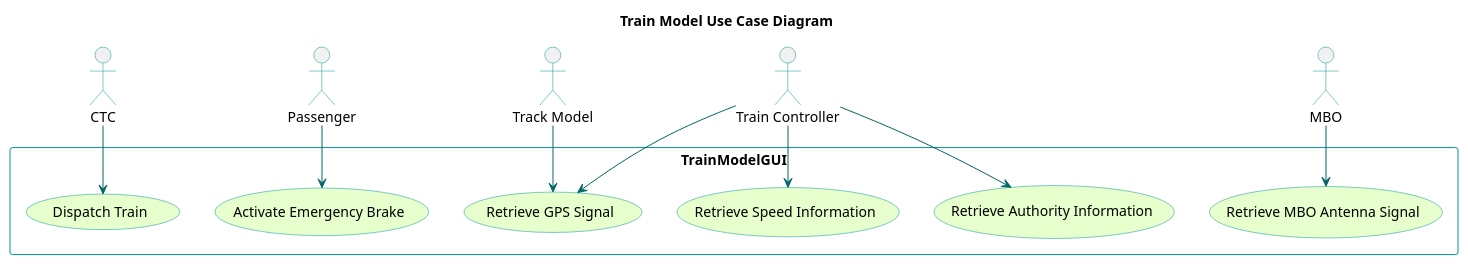
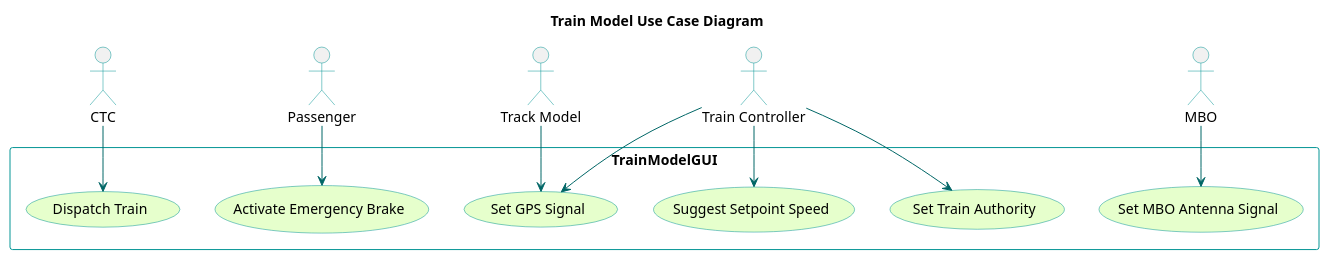
One commit to kevingilboy/COE1186 changed the diagram in TrainSystem/yUML/Usecase Diagrams/TrainModelUseCaseDiagram.puml. Above: the diagram before and after it, drawn with PlantUML. The commit also changed 13 other files, not shown here.

First line of the commit message:
Even more UML Updates

```diff
--- a/TrainSystem/yUML/Usecase Diagrams/TrainModelUseCaseDiagram.puml
+++ b/TrainSystem/yUML/Usecase Diagrams/TrainModelUseCaseDiagram.puml
@@ -1,36 +1,36 @@
 @startuml
 
 title Train Model Use Case Diagram
 'skinparam backgroundColor transparent'
 skinparam usecaseBackgroundColor #e6ffcc
 skinparam usecaseBorderColor 	#049595
 skinparam actorBorderColor 	#049595
 skinparam packageBorderCOlor  #049595
 skinparam arrowColor #006666
 
 :CTC: as ctc
 :Passenger: as p
 :Track Model: as tkm
 :Train Controller: as tnc
 :MBO: as mbo
 
 rectangle TrainModelGUI{
     (Dispatch Train)
 	(Activate Emergency Brake)
-    (Retrieve Speed Information)
-    (Retrieve Authority Information)
-    (Retrieve GPS Signal)
-    (Retrieve MBO Antenna Signal)
+    (Suggest Setpoint Speed)
+    (Set Train Authority)
+    (Set GPS Signal)
+    (Set MBO Antenna Signal)
 }
 
 ctc --> (Dispatch Train)
 p --> (Activate Emergency Brake)
-tkm --> (Retrieve GPS Signal)
-tnc --> (Retrieve GPS Signal)
-tnc --> (Retrieve Speed Information)
-tnc --> (Retrieve Authority Information)
-mbo --> (Retrieve MBO Antenna Signal)
+tkm --> (Set GPS Signal)
+tnc --> (Set GPS Signal)
+tnc --> (Suggest Setpoint Speed)
+tnc --> (Set Train Authority)
+mbo --> (Set MBO Antenna Signal)
 
 
     
 @enduml
```
